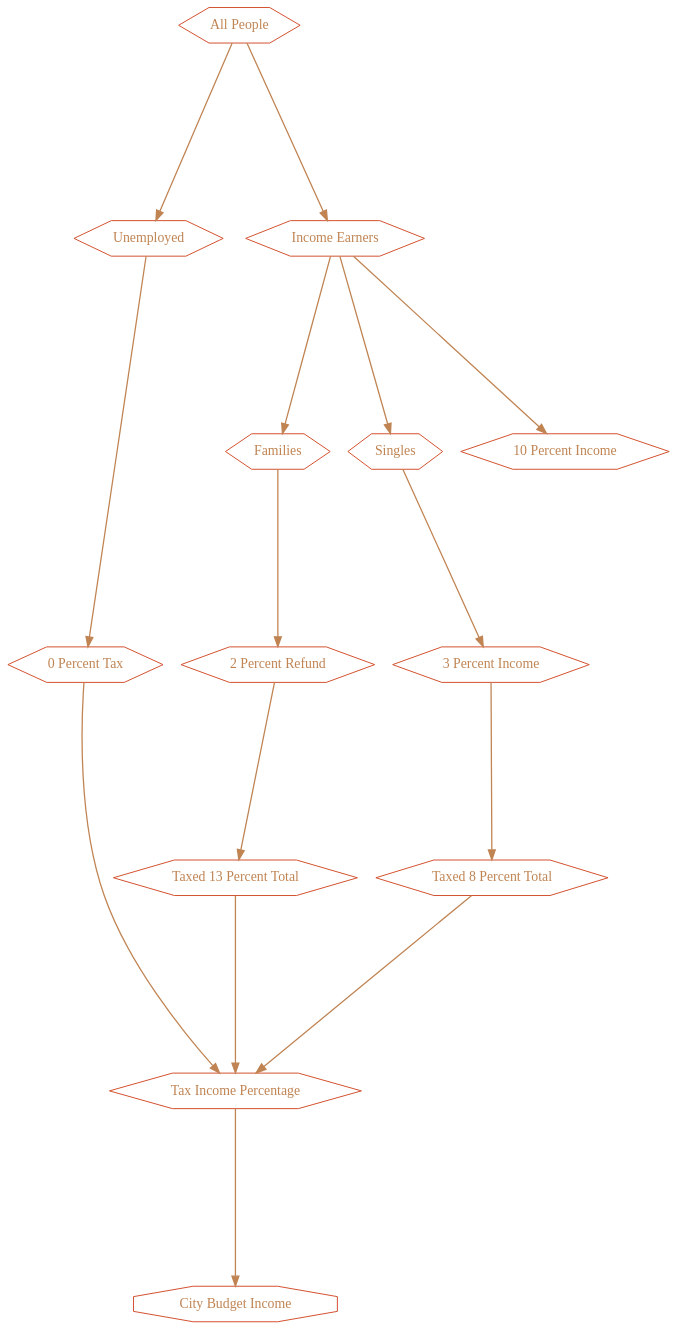
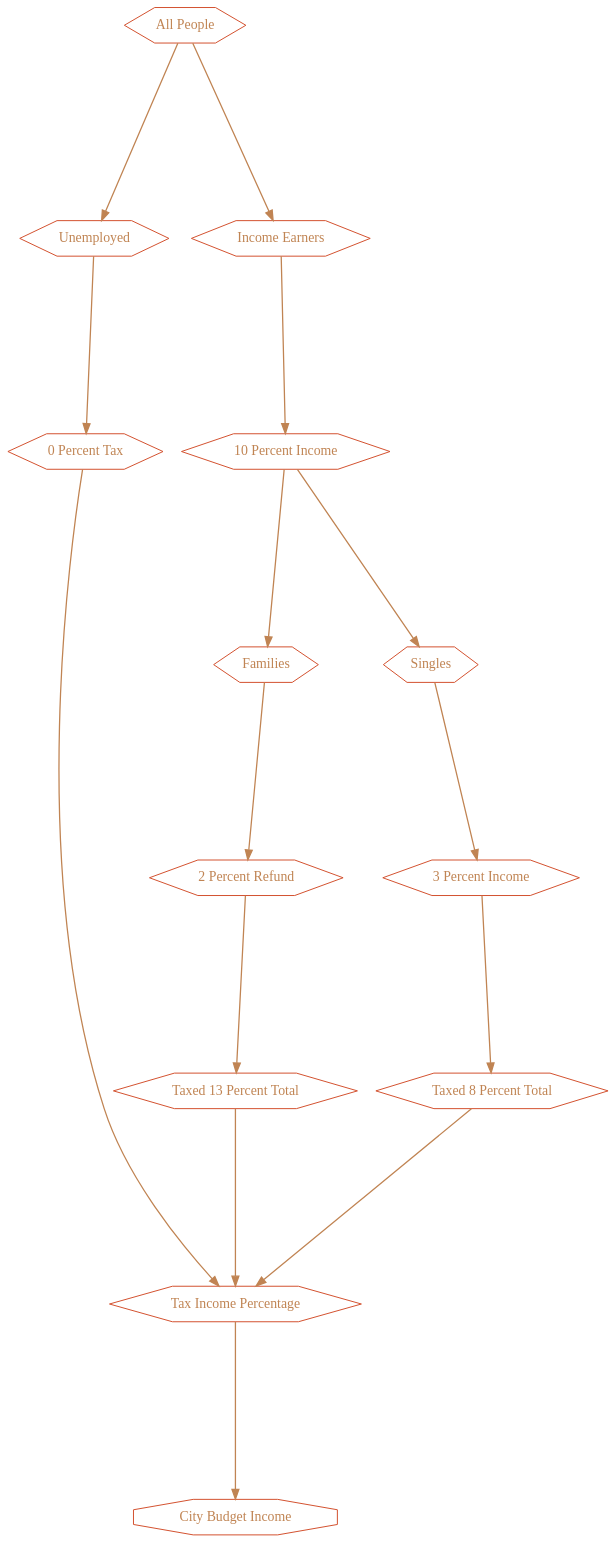
The diagram in Handbook/Game_Mechanics/Graphviz/TaxationF.gv (cartesiantheatre/handbook), drawn with Graphviz before and after one commit. The commit also changed 2 other files, not shown here.

Commit message:
Handbook: edit to TaxationF.gv, added TaxationG.gv. Expanded taxation graph section.

```diff
--- a/Handbook/Game_Mechanics/Graphviz/TaxationF.gv
+++ b/Handbook/Game_Mechanics/Graphviz/TaxationF.gv
@@ -1,70 +1,71 @@
 /*
   This is part of the Avaneya Project Crew Handbook.
   Copyright (C) 2010-2013 Cartesian Theatre <info@cartesiantheatre.com>.
   See the file License for copying conditions.
 
 */
 
 digraph Taxation
 {
 	//Graph attributes...
 	bgcolor="transparent";
 	margin="0";
 	ratio="auto";
 	ranksep="2.5";
 	pad="0.5,0.5";
 	compound="true";
 	overlap="vpsc";
 	root="Taxation";
 
 	//Node attributes...
 	node[color="#d3502dff"];
 	node[fillcolor="gray10"];
 	node[fontcolor="#c08453ff"];
 	node[fontname="Ubuntu"];
 	node[shape="none"];
 
 	//Edge attributes...
 	edge[color="#c08453ff"];
 	edge[penwidth="1.3"];
 
 	// Relationships
 	"All People"[shape="hexagon"]
 	"Unemployed"[shape="hexagon"]
 	"Income Earners"[shape="hexagon"]
 	"Families"[shape="hexagon"]
 	"Singles"[shape="hexagon"]
 	"0 Percent Tax"[shape="hexagon"]
 	"10 Percent Income"[shape="hexagon"]
 	"2 Percent Refund"[shape="hexagon"]
 	"3 Percent Income"[shape="hexagon"]
 	"Taxed 13 Percent Total"[shape="hexagon"]
 	"Taxed 8 Percent Total"[shape="hexagon"]
 	"Tax Income Percentage"[shape="hexagon"]
 	"City Budget Income"[shape="octagon"]
 
 
 	"All People"				-> "Unemployed";
 	"All People"				-> "Income Earners";
 	"0 Percent Tax"				-> "Tax Income Percentage";		
 	"Unemployed"				-> "0 Percent Tax";		
 	
 	"Income Earners"			-> "10 Percent Income";
-	"Income Earners"			-> "Families";					
-	"Income Earners"			-> "Singles";
+
+	"10 Percent Income"			-> "Families";
+	"10 Percent Income"			-> "Singles";
 	
 	"Families"				-> "2 Percent Refund";
 	"Singles"				-> "3 Percent Income";
 	
 	"2 Percent Refund"			-> "Taxed 13 Percent Total";
 	"3 Percent Income"			-> "Taxed 8 Percent Total";
 
 	"Taxed 13 Percent Total"		-> "Tax Income Percentage";
 	"Taxed 8 Percent Total"			-> "Tax Income Percentage";
 
 	"Tax Income Percentage"			-> "City Budget Income";
 
 
 	
 
 }
```
